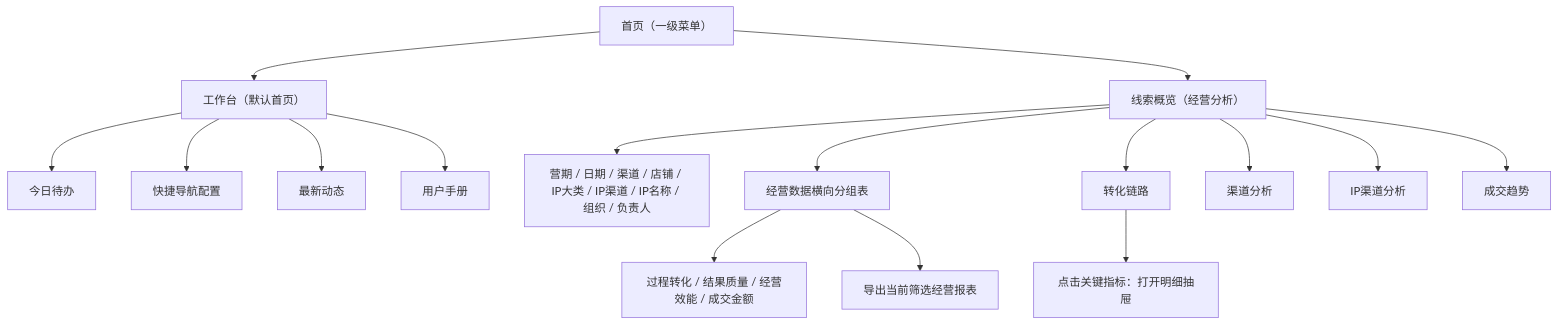
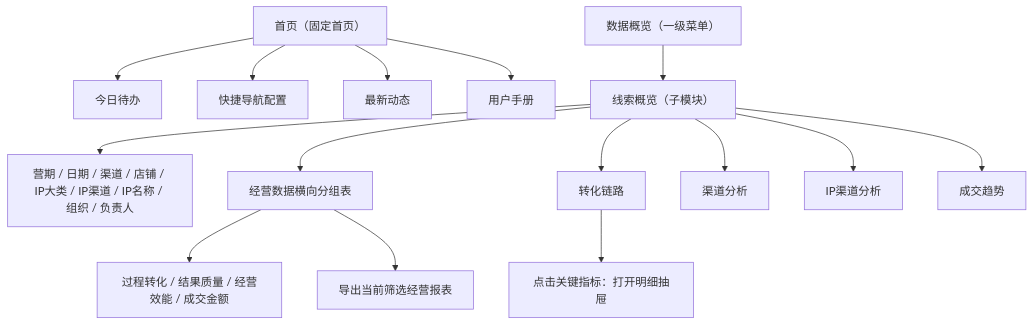
Before and after one commit to freya-pr/heshu-boss-demo: the diagram in docs/product/合数BOSS V1.0首页需求文档.md, drawn with Mermaid. The commit also changed other lines of this file and 29 other files, not shown here.

````diff
--- a/docs/product/合数BOSS V1.0首页需求文档.md
+++ b/docs/product/合数BOSS V1.0首页需求文档.md
@@ -32,18 +36,17 @@
 ```mermaid
 flowchart TB
-    HOME["首页（一级菜单）"] --> WORKBENCH["工作台（默认首页）"]
-    HOME --> ANALYTICS["线索概览（经营分析）"]
-    WORKBENCH --> TODO["今日待办"]
-    WORKBENCH --> QUICK["快捷导航配置"]
-    WORKBENCH --> ACTIVITY["最新动态"]
-    WORKBENCH --> HELP["用户手册"]
+    HOME["首页（固定首页）"] --> TODO["今日待办"]
+    HOME --> QUICK["快捷导航配置"]
+    HOME --> ACTIVITY["最新动态"]
+    HOME --> HELP["用户手册"]
+    DATA["数据概览（一级菜单）"] --> ANALYTICS["线索概览（子模块）"]
     ANALYTICS --> FILTER["营期 / 日期 / 渠道 / 店铺 / IP大类 / IP渠道 / IP名称 / 组织 / 负责人"]
     ANALYTICS --> REPORT["经营数据横向分组表"]
     ANALYTICS --> JOURNEY["转化链路"]
     JOURNEY --> DRILL["点击关键指标：打开明细抽屉"]
     REPORT --> MATRIX["过程转化 / 结果质量 / 经营效能 / 成交金额"]
     ANALYTICS --> CHANNEL["渠道分析"]
     ANALYTICS --> IP["IP渠道分析"]
     ANALYTICS --> TREND["成交趋势"]
     REPORT --> EXPORT["导出当前筛选经营报表"]
 ```
````
